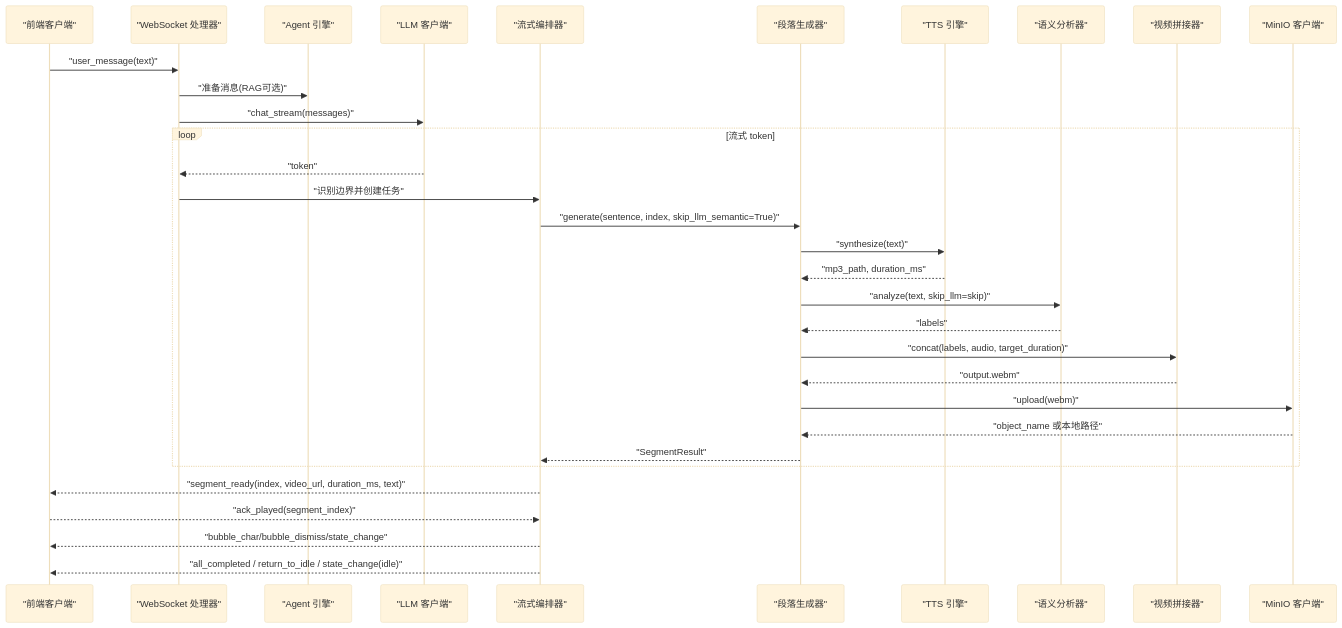
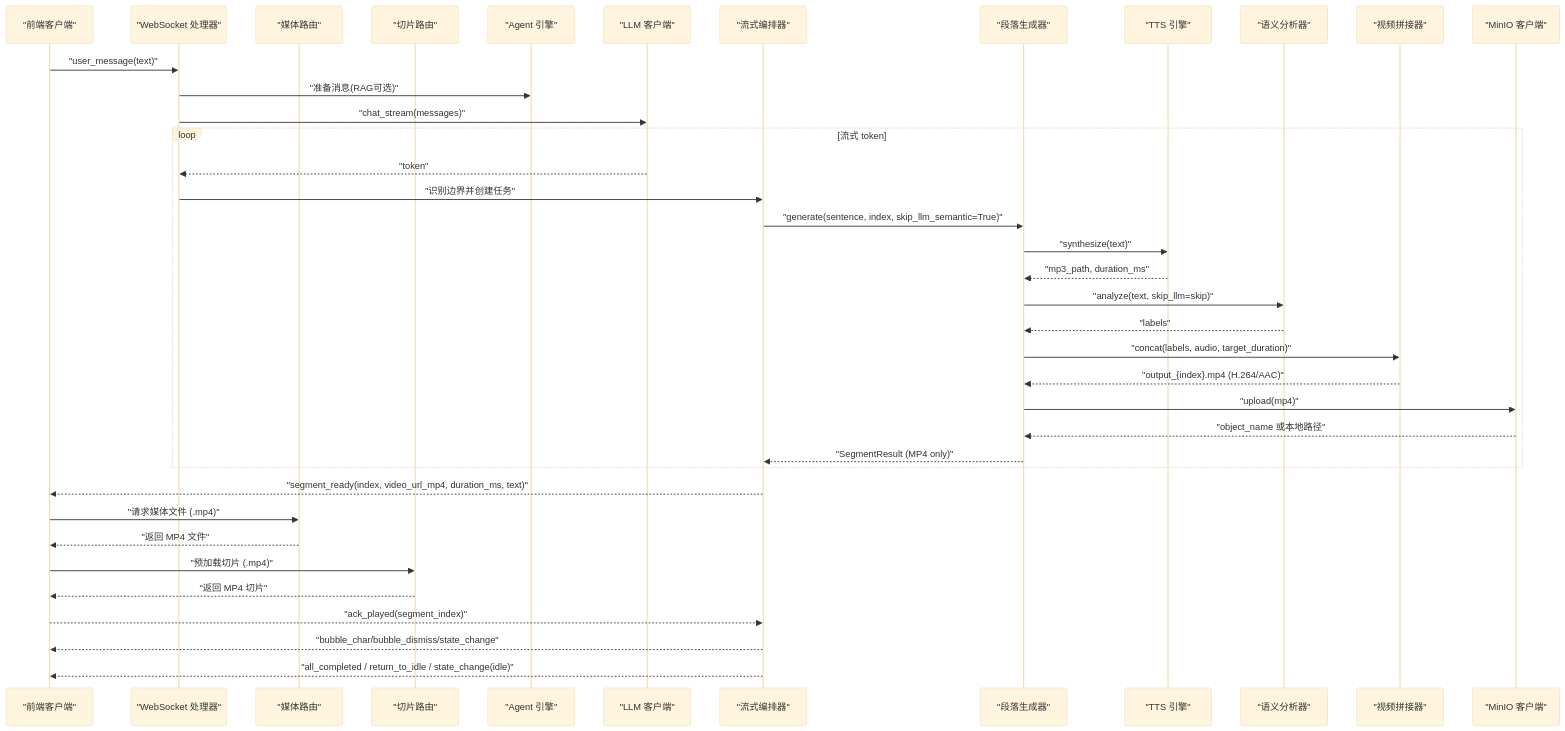
One commit to leo21cn/real-time-talk changed the second of 10 diagrams in .qoder/repowiki/zh/content/后端服务/多媒体处理流水线/多媒体处理流水线.md. Above: the diagram before and after it, drawn with Mermaid (base theme). The commit also changed other lines of this file and 9 other files, not shown here.

````diff
--- a/.qoder/repowiki/zh/content/后端服务/多媒体处理流水线/多媒体处理流水线.md
+++ b/.qoder/repowiki/zh/content/后端服务/多媒体处理流水线/多媒体处理流水线.md
@@ -136,34 +163,40 @@
 ```mermaid
 sequenceDiagram
 participant Client as "前端客户端"
 participant WS as "WebSocket 处理器"
+participant Media as "媒体路由"
+participant Clips as "切片路由"
 participant Agent as "Agent 引擎"
 participant LLM as "LLM 客户端"
 participant Pipe as "流式编排器"
 participant Gen as "段落生成器"
 participant TTS as "TTS 引擎"
 participant Sem as "语义分析器"
 participant VC as "视频拼接器"
 participant Minio as "MinIO 客户端"
 Client->>WS : "user_message(text)"
 WS->>Agent : "准备消息(RAG可选)"
 WS->>LLM : "chat_stream(messages)"
 loop 流式 token
 LLM-->>WS : "token"
 WS->>Pipe : "识别边界并创建任务"
 Pipe->>Gen : "generate(sentence, index, skip_llm_semantic=True)"
 Gen->>TTS : "synthesize(text)"
 TTS-->>Gen : "mp3_path, duration_ms"
 Gen->>Sem : "analyze(text, skip_llm=skip)"
 Sem-->>Gen : "labels"
 Gen->>VC : "concat(labels, audio, target_duration)"
-VC-->>Gen : "output.webm"
-Gen->>Minio : "upload(webm)"
+VC-->>Gen : "output_{index}.mp4 (H.264/AAC)"
+Gen->>Minio : "upload(mp4)"
 Minio-->>Gen : "object_name 或本地路径"
-Gen-->>Pipe : "SegmentResult"
+Gen-->>Pipe : "SegmentResult (MP4 only)"
 end
-Pipe-->>Client : "segment_ready(index, video_url, duration_ms, text)"
+Pipe-->>Client : "segment_ready(index, video_url_mp4, duration_ms, text)"
+Client->>Media : "请求媒体文件 (.mp4)"
+Media-->>Client : "返回 MP4 文件"
+Client->>Clips : "预加载切片 (.mp4)"
+Clips-->>Client : "返回 MP4 切片"
 Client-->>Pipe : "ack_played(segment_index)"
 Pipe-->>Client : "bubble_char/bubble_dismiss/state_change"
 Pipe-->>Client : "all_completed / return_to_idle / state_change(idle)"
 ```
````
